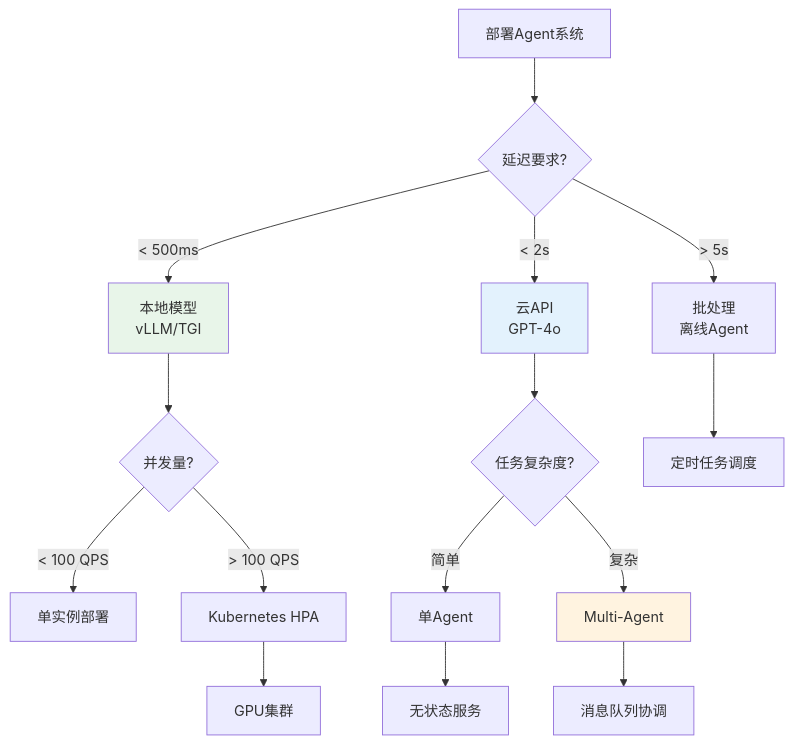
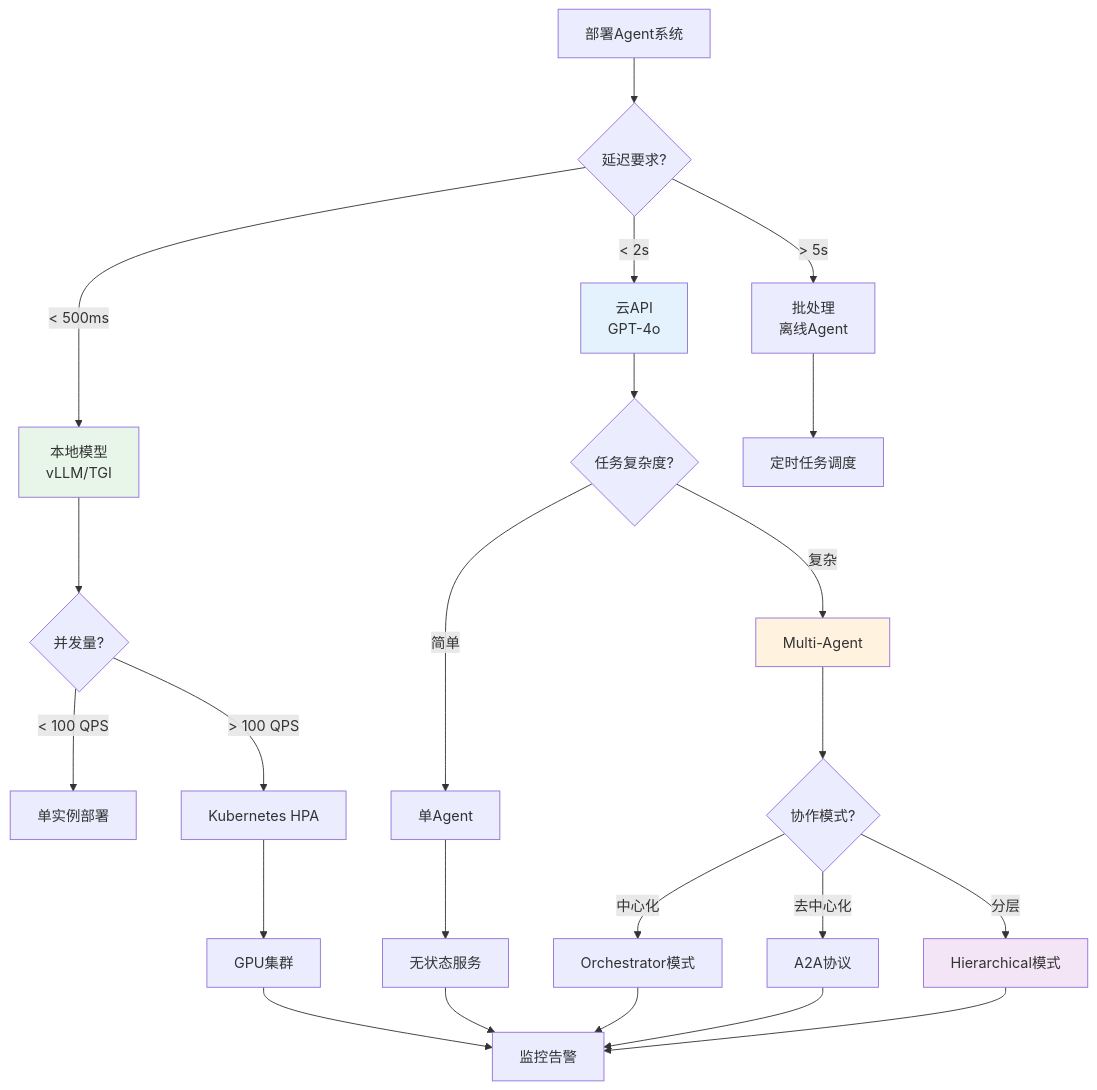
One commit to AdaMartin18010/AnalysisDataFlow changed diagram 18 of 18 in Knowledge/06-frontier/ai-agent-streaming-architecture.md. Above: the diagram before and after it, drawn with Mermaid. The commit also changed other lines of this file and 202 other files, not shown here.

````diff
--- a/Knowledge/06-frontier/ai-agent-streaming-architecture.md
+++ b/Knowledge/06-frontier/ai-agent-streaming-architecture.md
@@ -1362,26 +1574,37 @@
 ```mermaid
 flowchart TD
     A[部署Agent系统] --> B{延迟要求?}
 
     B -->|< 500ms| C[本地模型<br/>vLLM/TGI]
     B -->|< 2s| D[云API<br/>GPT-4o]
     B -->|> 5s| E[批处理<br/>离线Agent]
 
     C --> F{并发量?}
     D --> G{任务复杂度?}
     E --> H[定时任务调度]
 
     F -->|< 100 QPS| I[单实例部署]
     F -->|> 100 QPS| J[Kubernetes HPA]
 
     G -->|简单| K[单Agent]
     G -->|复杂| L[Multi-Agent]
 
     J --> M[GPU集群]
     K --> N[无状态服务]
-    L --> O[消息队列协调]
+    L --> O{协作模式?}
+
+    O -->|中心化| P[Orchestrator模式]
+    O -->|去中心化| Q[A2A协议]
+    O -->|分层| R[Hierarchical模式]
+
+    M --> S[监控告警]
+    N --> S
+    P --> S
+    Q --> S
+    R --> S
 
     style C fill:#e8f5e9
     style D fill:#e3f2fd
     style L fill:#fff3e0
+    style R fill:#f3e5f5
 ```
````
